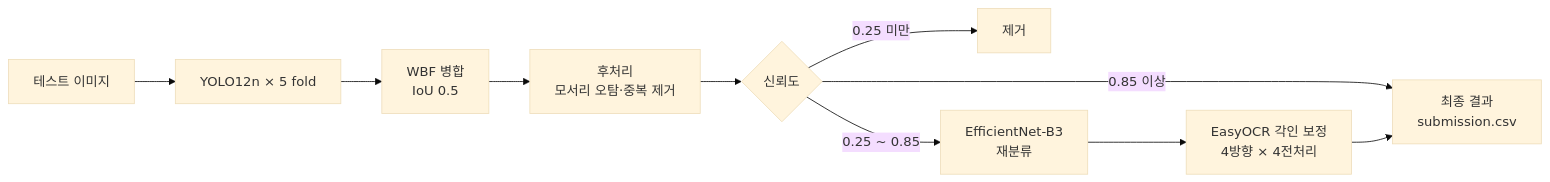
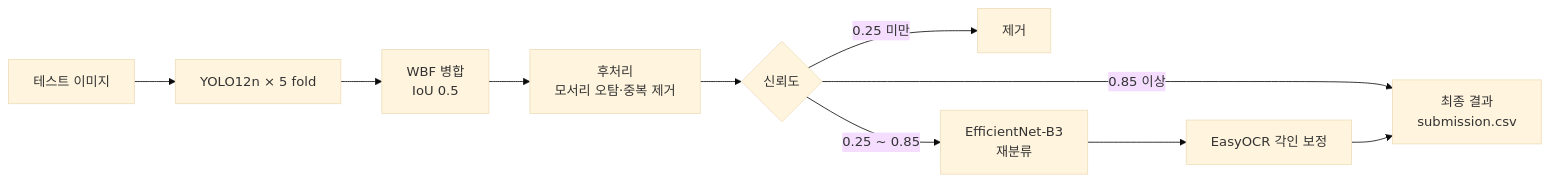
The diagram in README.md (wjdtmdgh87-lgtm/pill-sight), drawn with Mermaid (base theme) before and after one commit. The commit also changed other lines of this file, not shown here.

````diff
--- a/README.md
+++ b/README.md
@@ -42,12 +102,12 @@
 ```mermaid
 flowchart LR
     A[테스트 이미지] --> B[YOLO12n × 5 fold]
     B --> C[WBF 병합<br/>IoU 0.5]
     C --> D[후처리<br/>모서리 오탐·중복 제거]
     D --> E{신뢰도}
     E -- 0.25 미만 --> X[제거]
     E -- 0.85 이상 --> OUT[최종 결과<br/>submission.csv]
     E -- 0.25 ~ 0.85 --> F[EfficientNet-B3<br/>재분류]
-    F --> G[EasyOCR 각인 보정<br/>4방향 × 4전처리]
+    F --> G[EasyOCR 각인 보정]
     G --> OUT
 ```
````
